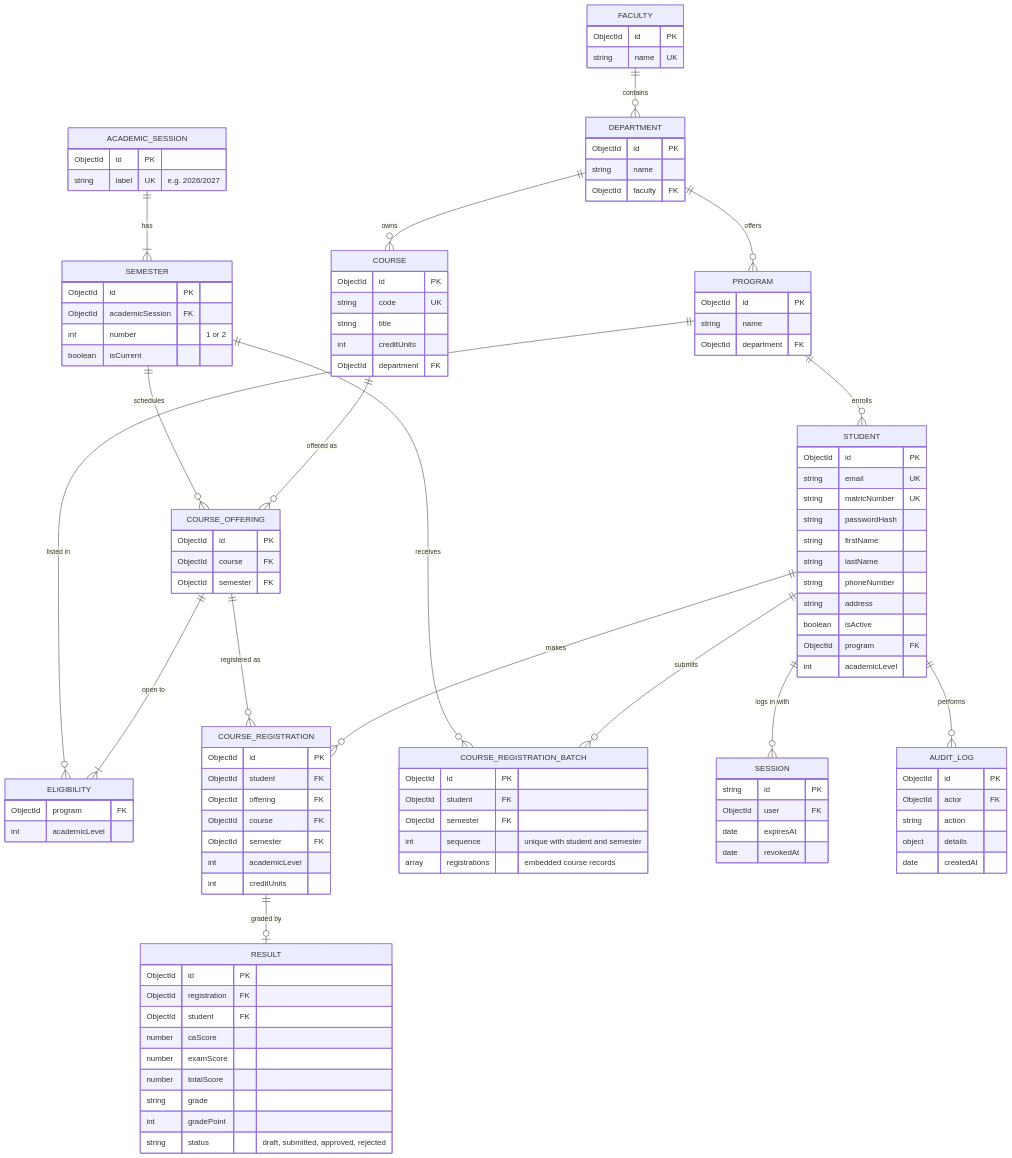
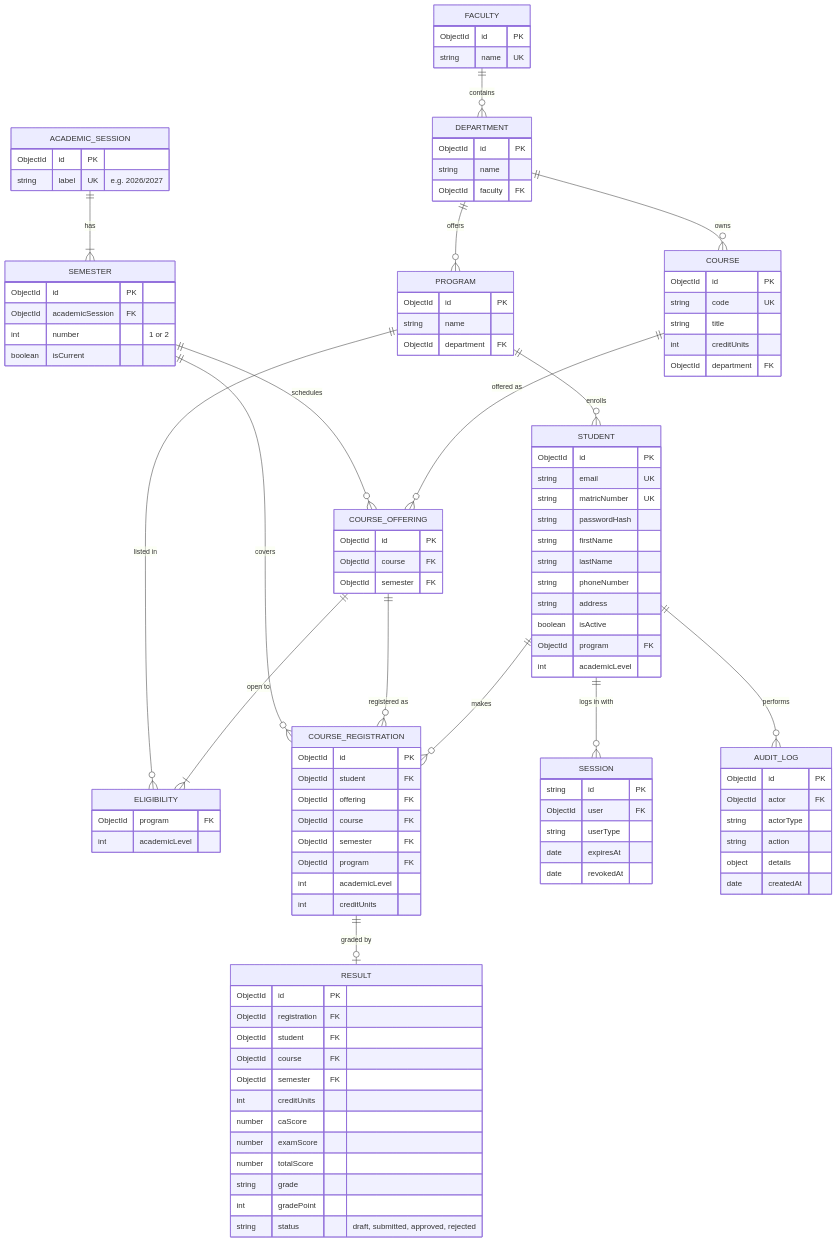
The second of 2 diagrams in README.md (itonyeig/uemp), drawn with Mermaid before and after one commit. The commit also changed other lines of this file and 6 other files, not shown here.

```diff
--- a/README.md
+++ b/README.md
@@ -94,9 +97,8 @@
   PROGRAM ||--o{ ELIGIBILITY : "listed in"
   PROGRAM ||--o{ STUDENT : enrolls
   STUDENT ||--o{ COURSE_REGISTRATION : makes
-  STUDENT ||--o{ COURSE_REGISTRATION_BATCH : submits
-  SEMESTER ||--o{ COURSE_REGISTRATION_BATCH : receives
   COURSE_OFFERING ||--o{ COURSE_REGISTRATION : "registered as"
+  SEMESTER ||--o{ COURSE_REGISTRATION : covers
   COURSE_REGISTRATION ||--o| RESULT : "graded by"
   STUDENT ||--o{ SESSION : "logs in with"
   STUDENT ||--o{ AUDIT_LOG : performs
@@ -160,20 +162,17 @@
     ObjectId offering FK
     ObjectId course FK
     ObjectId semester FK
+    ObjectId program FK
     int academicLevel
     int creditUnits
-  }
-  COURSE_REGISTRATION_BATCH {
-    ObjectId id PK
-    ObjectId student FK
-    ObjectId semester FK
-    int sequence "unique with student and semester"
-    array registrations "embedded course records"
   }
   RESULT {
     ObjectId id PK
     ObjectId registration FK
     ObjectId student FK
+    ObjectId course FK
+    ObjectId semester FK
+    int creditUnits
     number caScore
     number examScore
     number totalScore
@@ -184,12 +183,14 @@
   SESSION {
     string id PK
     ObjectId user FK
+    string userType
     date expiresAt
     date revokedAt
   }
   AUDIT_LOG {
     ObjectId id PK
     ObjectId actor FK
+    string actorType
     string action
     object details
     date createdAt
```
